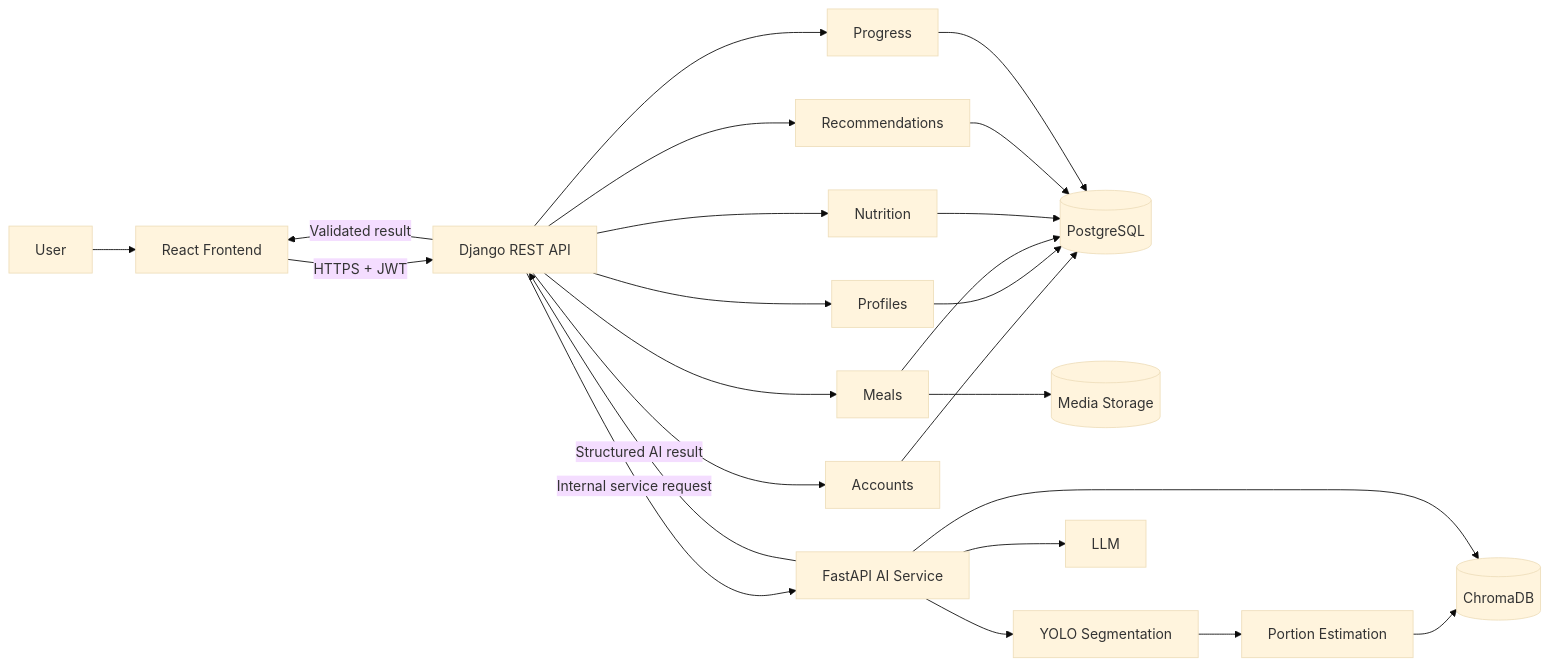
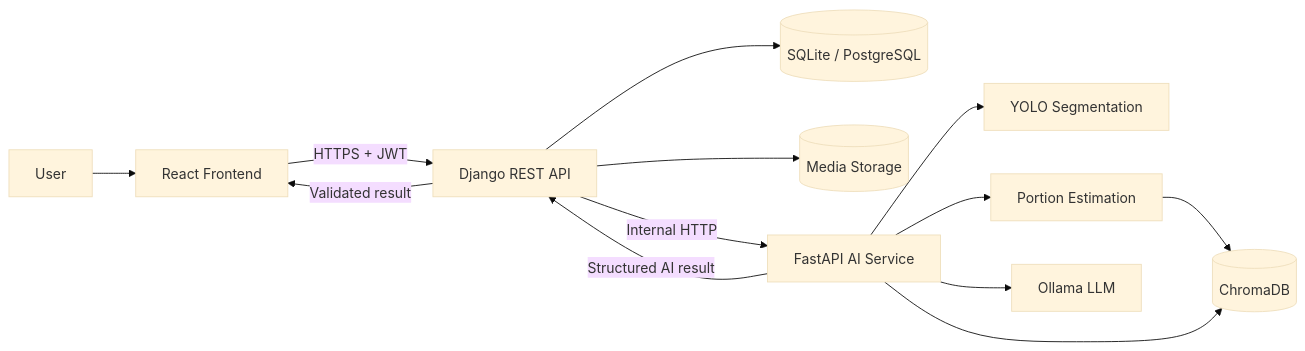
The tenth of 10 diagrams in docs/full_backend_system_blueprint.md (HimalBhandari05/Nepali-Diet-Advisory-System), drawn with Mermaid (base theme) before and after one commit. The commit also changed other lines of this file and 2 other files, not shown here.

Commit message:
docs: update system architecture blueprint and add service startup script

````diff
--- a/docs/full_backend_system_blueprint.md
+++ b/docs/full_backend_system_blueprint.md
@@ -3986,55 +2767,26 @@
 ``` mermaid
 flowchart LR
     User[User]
-
     React[React Frontend]
-
     Django[Django REST API]
-
-    Accounts[Accounts]
-    Profiles[Profiles]
-    Meals[Meals]
-    Nutrition[Nutrition]
-    Recommendations[Recommendations]
-    Progress[Progress]
-
-    PG[(PostgreSQL)]
+    PG[(SQLite / PostgreSQL)]
     Media[(Media Storage)]
-
     FastAPI[FastAPI AI Service]
     YOLO[YOLO Segmentation]
     Portion[Portion Estimation]
     Chroma[(ChromaDB)]
-    LLM[LLM]
+    LLM[Ollama LLM]
 
     User --> React
     React -->|HTTPS + JWT| Django
-
-    Django --> Accounts
-    Django --> Profiles
-    Django --> Meals
-    Django --> Nutrition
-    Django --> Recommendations
-    Django --> Progress
-
-    Accounts --> PG
-    Profiles --> PG
-    Meals --> PG
-    Nutrition --> PG
-    Recommendations --> PG
-    Progress --> PG
-
-    Meals --> Media
-
-    Django -->|Internal service request| FastAPI
-
+    Django --> PG
+    Django --> Media
+    Django -->|Internal HTTP| FastAPI
     FastAPI --> YOLO
-    YOLO --> Portion
+    FastAPI --> Portion
     Portion --> Chroma
     FastAPI --> Chroma
     FastAPI --> LLM
-
     FastAPI -->|Structured AI result| Django
-
     Django -->|Validated result| React
 ```
````
